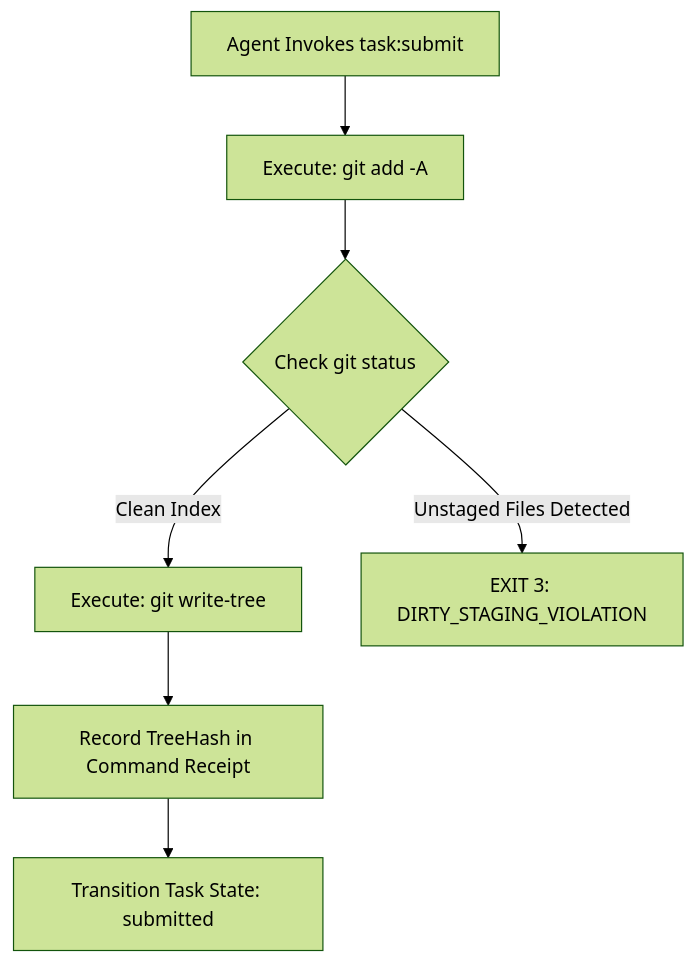
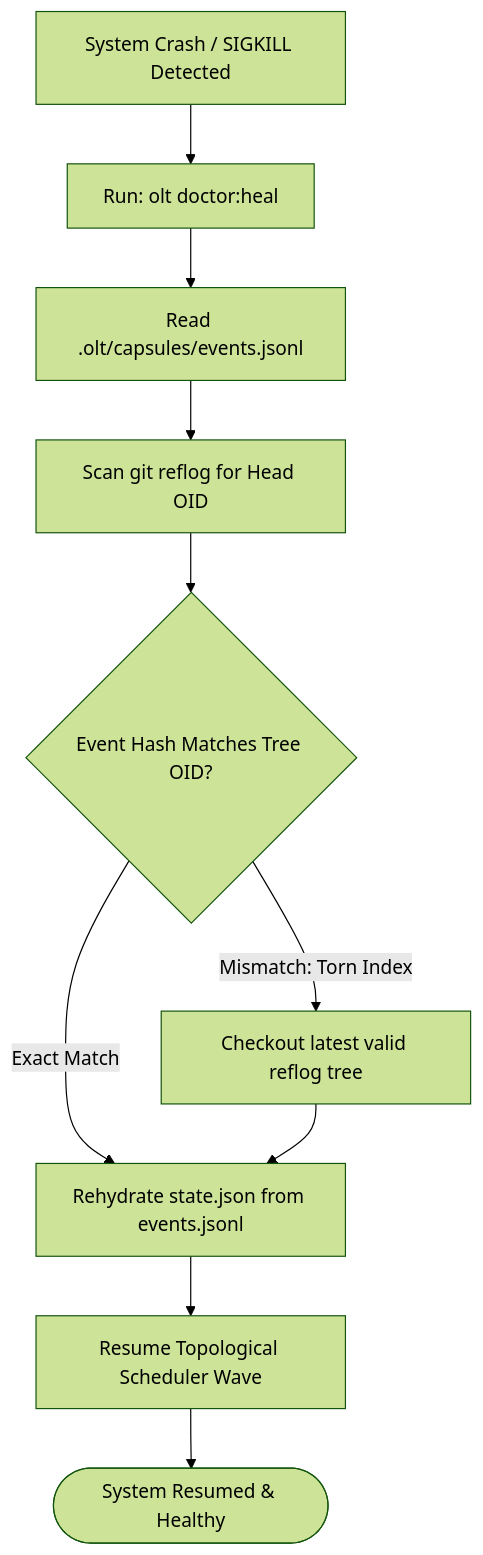
Before and after one commit to onurseckin/skills: the second of 2 diagrams in docs/olt/architecture/01-foundations/01-04-reflog-safety-and-git-staging.md, drawn with Mermaid (forest theme). The commit also changed other lines of this file and 177 other files, not shown here.

````diff
--- a/docs/olt/architecture/01-foundations/01-04-reflog-safety-and-git-staging.md
+++ b/docs/olt/architecture/01-foundations/01-04-reflog-safety-and-git-staging.md
@@ -38,9 +100,12 @@
 ```mermaid
 flowchart TD
-    TaskSubmit[Agent Invokes task:submit] --> Stage[Execute: git add -A]
-    Stage --> CheckStatus{Check git status}
-    CheckStatus -->|Clean Index| WriteTree[Execute: git write-tree]
-    CheckStatus -->|Unstaged Files Detected| Error[EXIT 3: DIRTY_STAGING_VIOLATION]
-    WriteTree --> RecordReceipt[Record TreeHash in Command Receipt]
-    RecordReceipt --> Transition[Transition Task State: submitted]
+    CrashEvent[System Crash / SIGKILL Detected] --> TriggerDoctor[Run: olt doctor:heal]
+    TriggerDoctor --> ReadLedger[Read .olt/capsules/events.jsonl]
+    ReadLedger --> ScanReflog[Scan git reflog for Head OID]
+    ScanReflog --> MatchTree{Event Hash Matches Tree OID?}
+    MatchTree -->|Mismatch: Torn Index| RecoverReflog[Checkout latest valid reflog tree]
+    MatchTree -->|Exact Match| RestoreState[Rehydrate state.json from events.jsonl]
+    RecoverReflog --> RestoreState
+    RestoreState --> ResumeDAG[Resume Topological Scheduler Wave]
+    ResumeDAG --> ActiveState([System Resumed & Healthy])
 ```
````
